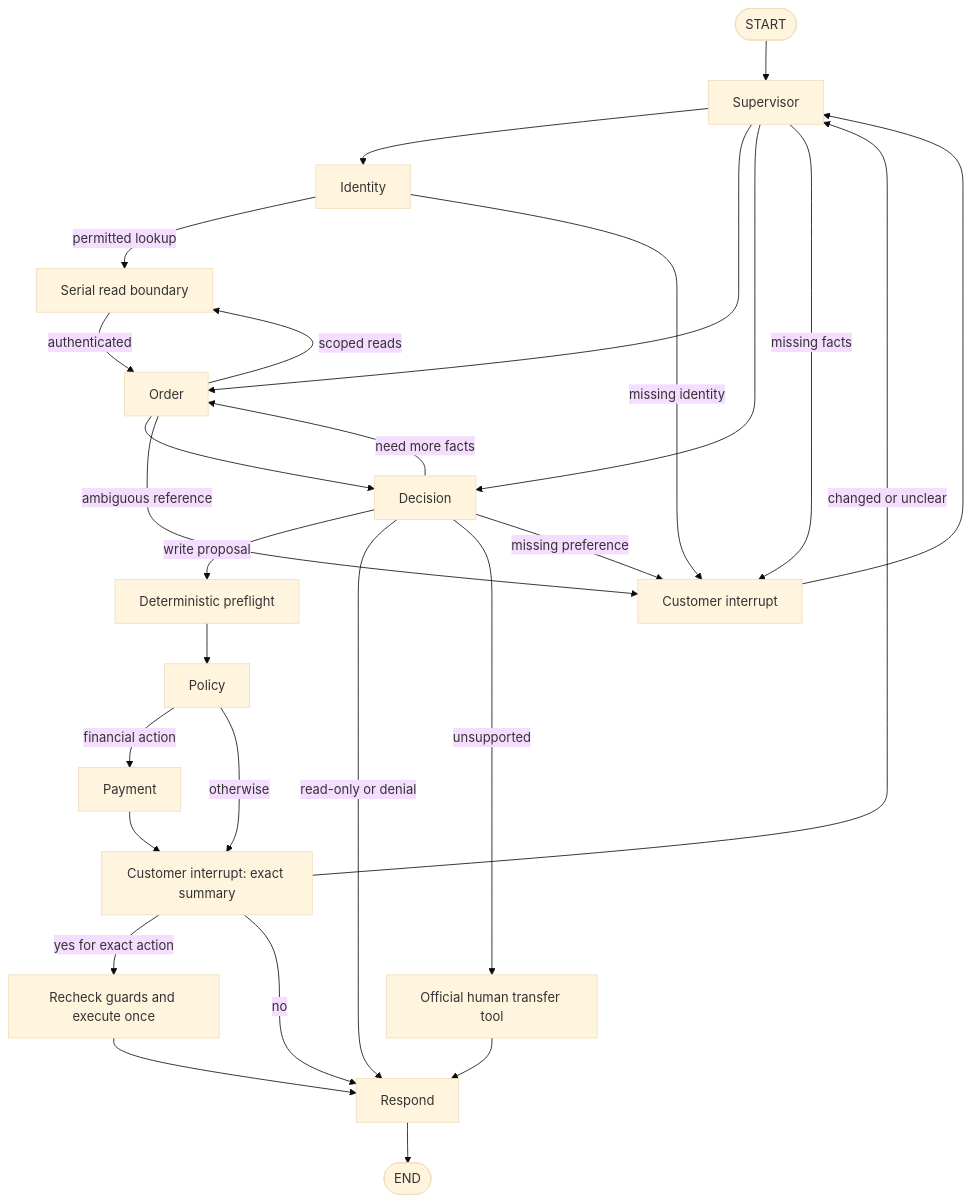
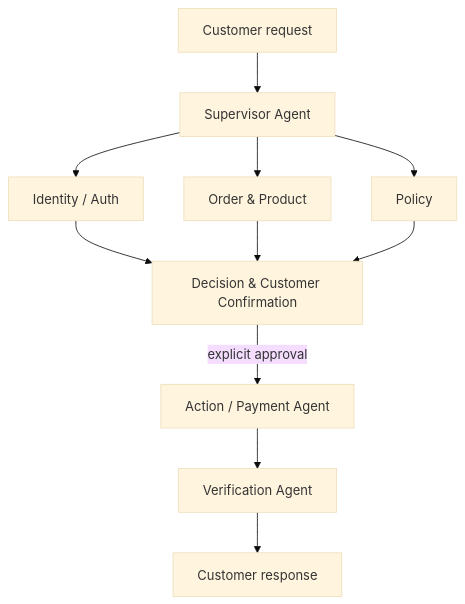
One commit to Kaustubh1206/Multi-Agent-Trace-Recovery-System changed the diagram in README.md. Above: the diagram before and after it, drawn with Mermaid (base theme). The commit also changed other lines of this file and 16 other files, not shown here.

Commit message:
Align retail MAS with the seven-agent proposal architecture

````diff
--- a/README.md
+++ b/README.md
@@ -63,30 +8,13 @@
 ```mermaid
-flowchart TD
-  Start([START]) --> Supervisor
-  Supervisor --> Identity
-  Supervisor --> Order
-  Supervisor --> Decision
-  Identity -->|permitted lookup| Read[Serial read boundary]
-  Read -->|authenticated| Order
-  Order -->|scoped reads| Read
-  Order --> Decision
-  Decision -->|need more facts| Order
-  Decision -->|write proposal| Guards[Deterministic preflight]
-  Guards --> Policy
-  Policy -->|financial action| Payment
-  Policy -->|otherwise| Confirm[Customer interrupt: exact summary]
-  Payment --> Confirm
-  Confirm -->|yes for exact action| Executor[Recheck guards and execute once]
-  Confirm -->|changed or unclear| Supervisor
-  Confirm -->|no| Respond
-  Executor --> Respond
-  Decision -->|read-only or denial| Respond
-  Decision -->|unsupported| Transfer[Official human transfer tool]
-  Transfer --> Respond
-  Supervisor -->|missing facts| Ask[Customer interrupt]
-  Identity -->|missing identity| Ask
-  Order -->|ambiguous reference| Ask
-  Decision -->|missing preference| Ask
-  Ask --> Supervisor
-  Respond --> End([END])
+flowchart TB
+    Customer[Customer request] --> Supervisor[Supervisor Agent]
+    Supervisor --> Identity[Identity / Auth]
+    Supervisor --> Order[Order & Product]
+    Supervisor --> Policy[Policy]
+    Identity --> Decision[Decision & Customer Confirmation]
+    Order --> Decision
+    Policy --> Decision
+    Decision -->|explicit approval| Action[Action / Payment Agent]
+    Action --> Verification[Verification Agent]
+    Verification --> Response[Customer response]
 ```
````
